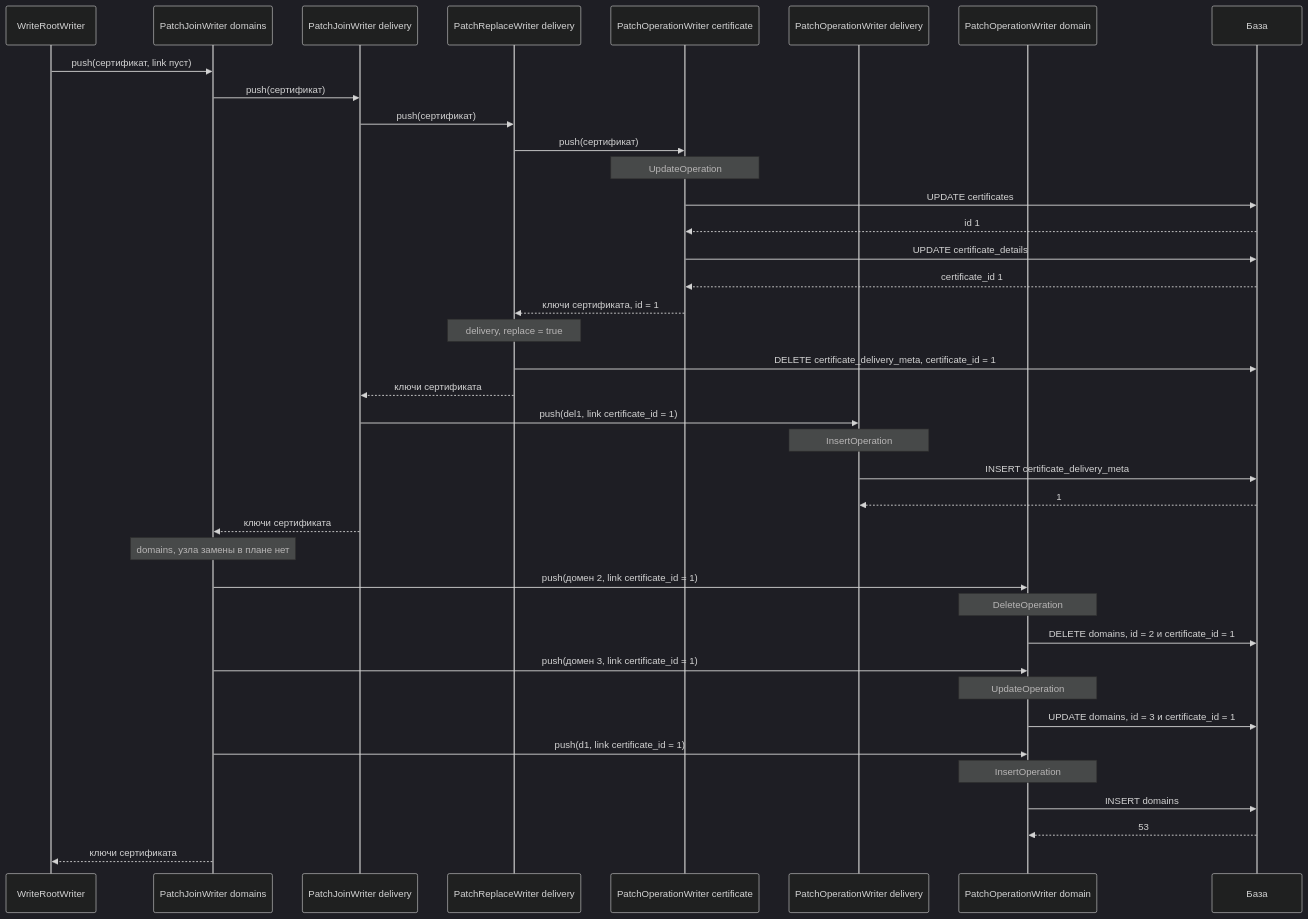
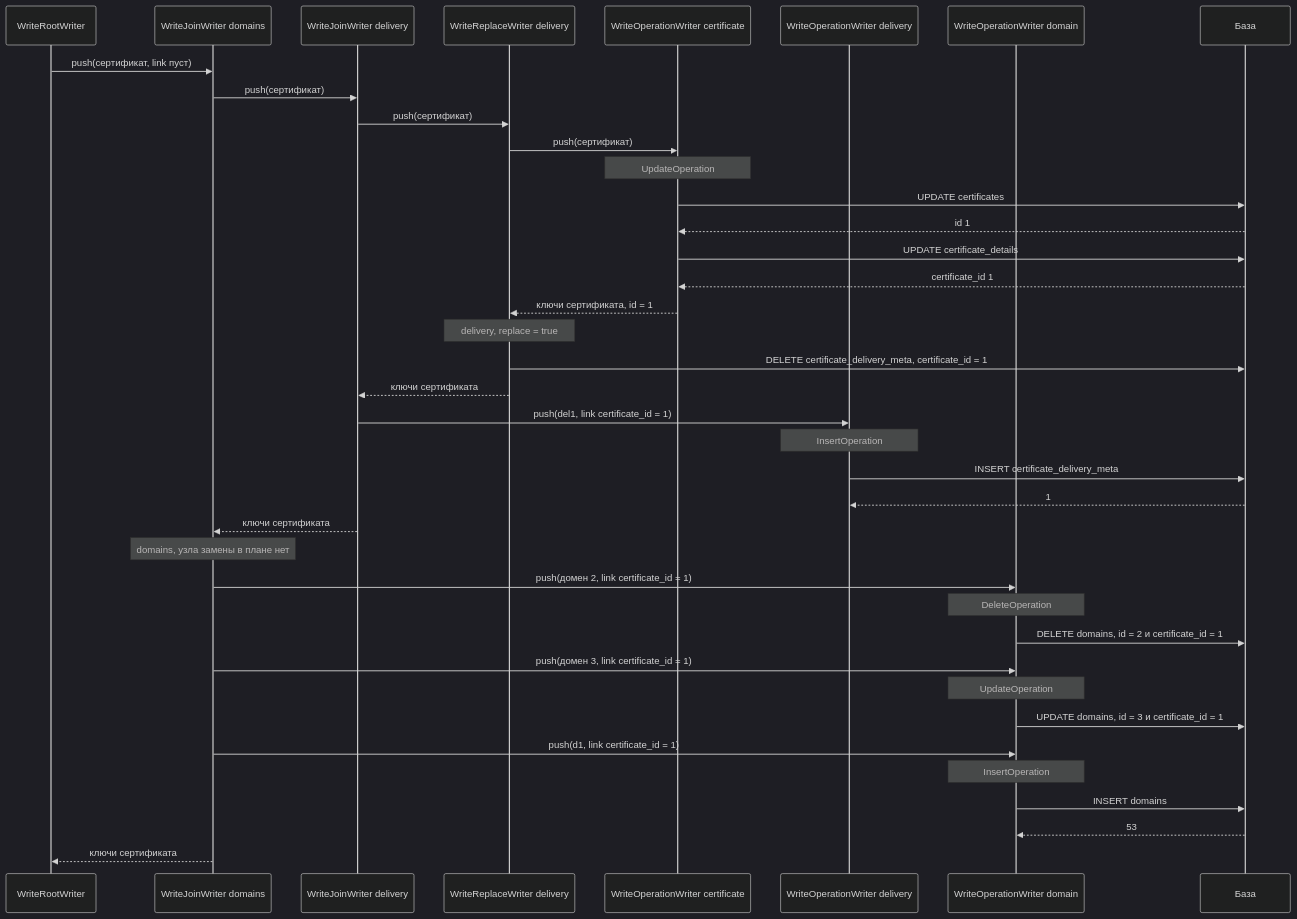
Before and after one commit to eduard-gr/jsonapi-engine: the third of 3 diagrams in example/patch-document.md, drawn with Mermaid (dark theme). The commit also changed other lines of this file and 73 other files, not shown here.

First line of the commit message:
move the write pipeline (POST/PATCH/DELETE) from the prototype to src

````diff
--- a/example/patch-document.md
+++ b/example/patch-document.md
@@ -458,44 +458,44 @@
 ```mermaid
 sequenceDiagram
     participant R as WriteRootWriter
-    participant JD as PatchJoinWriter domains
-    participant JV as PatchJoinWriter delivery
-    participant RV as PatchReplaceWriter delivery
-    participant OC as PatchOperationWriter certificate
-    participant OV as PatchOperationWriter delivery
-    participant OD as PatchOperationWriter domain
+    participant JD as WriteJoinWriter domains
+    participant JV as WriteJoinWriter delivery
+    participant RV as WriteReplaceWriter delivery
+    participant OC as WriteOperationWriter certificate
+    participant OV as WriteOperationWriter delivery
+    participant OD as WriteOperationWriter domain
     participant DB as База
 
     R->>JD: push(сертификат, link пуст)
     JD->>JV: push(сертификат)
     JV->>RV: push(сертификат)
     RV->>OC: push(сертификат)
     Note over OC: UpdateOperation
     OC->>DB: UPDATE certificates
     DB-->>OC: id 1
     OC->>DB: UPDATE certificate_details
     DB-->>OC: certificate_id 1
     OC-->>RV: ключи сертификата, id = 1
 
     Note over RV: delivery, replace = true
     RV->>DB: DELETE certificate_delivery_meta, certificate_id = 1
     RV-->>JV: ключи сертификата
     JV->>OV: push(del1, link certificate_id = 1)
     Note over OV: InsertOperation
     OV->>DB: INSERT certificate_delivery_meta
     DB-->>OV: 1
     JV-->>JD: ключи сертификата
 
     Note over JD: domains, узла замены в плане нет
     JD->>OD: push(домен 2, link certificate_id = 1)
     Note over OD: DeleteOperation
     OD->>DB: DELETE domains, id = 2 и certificate_id = 1
     JD->>OD: push(домен 3, link certificate_id = 1)
     Note over OD: UpdateOperation
     OD->>DB: UPDATE domains, id = 3 и certificate_id = 1
     JD->>OD: push(d1, link certificate_id = 1)
     Note over OD: InsertOperation
     OD->>DB: INSERT domains
     DB-->>OD: 53
     JD-->>R: ключи сертификата
 ```
````
